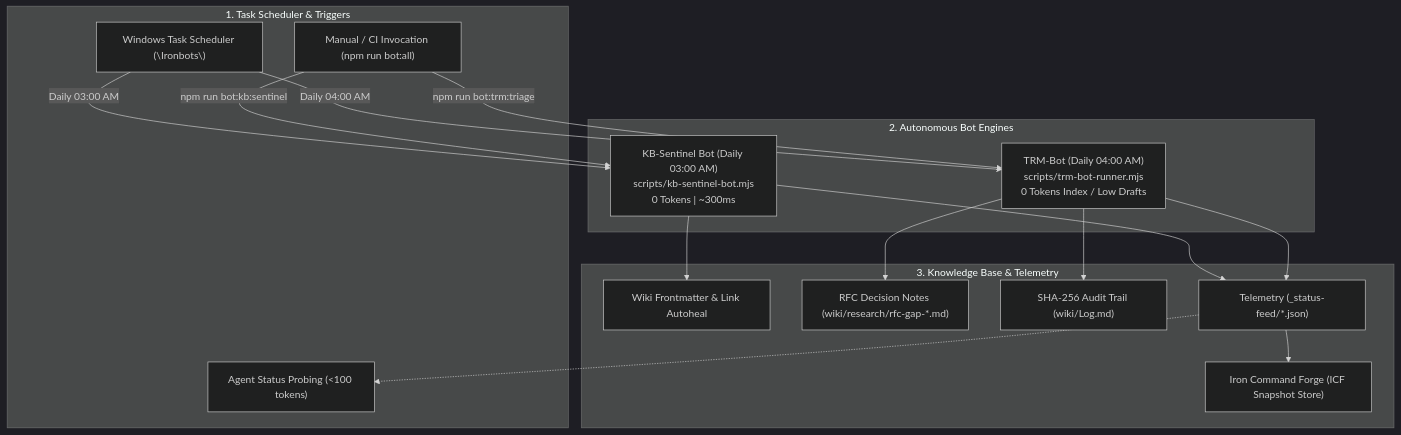
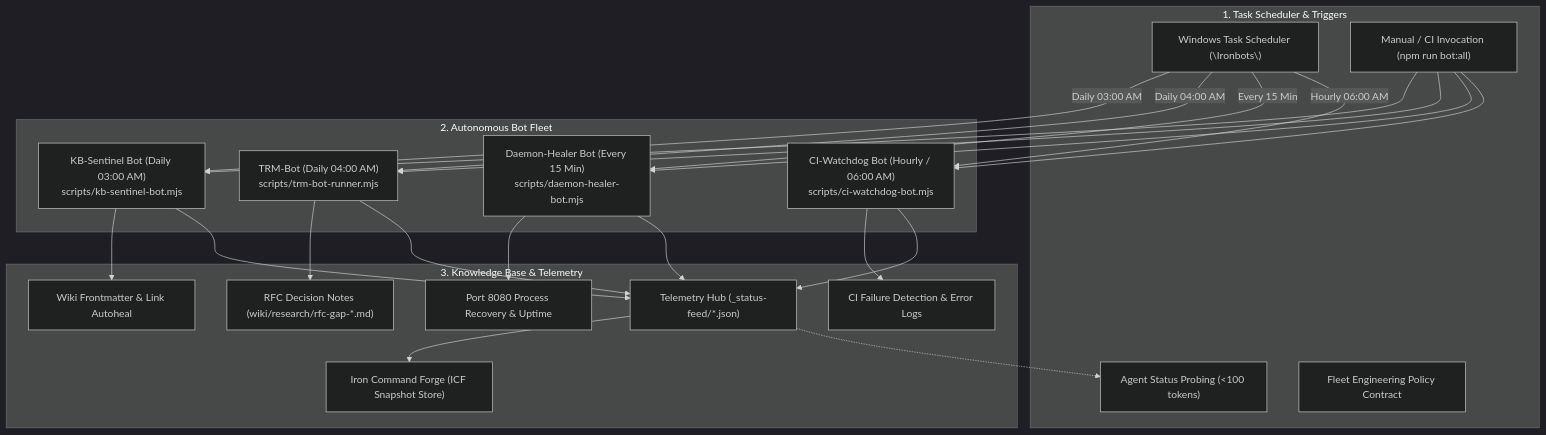
Before and after one commit to sorensencc-dotcom/toolforge: the diagram in wiki/Ironbots.md, drawn with Mermaid (dark theme). The commit also changed other lines of this file and 12 other files, not shown here.

Commit message:
feat(bots): expand Ironbots fleet with Daemon-Healer and CI-Watchdog, tests, and unattended autonomy policy

````diff
--- a/wiki/Ironbots.md
+++ b/wiki/Ironbots.md
@@ -23,34 +25,46 @@
 ```mermaid
 flowchart TD
     subgraph Scheduler["1. Task Scheduler & Triggers"]
         A["Windows Task Scheduler (\Ironbots\)"]
         B["Manual / CI Invocation (npm run bot:all)"]
         C["Agent Status Probing (<100 tokens)"]
+        P["Fleet Engineering Policy Contract"]
     end
 
-    subgraph Engines["2. Autonomous Bot Engines"]
-        D["KB-Sentinel Bot (Daily 03:00 AM)\nscripts/kb-sentinel-bot.mjs\n0 Tokens | ~300ms"]
-        E["TRM-Bot (Daily 04:00 AM)\nscripts/trm-bot-runner.mjs\n0 Tokens Index / Low Drafts"]
+    subgraph Engines["2. Autonomous Bot Fleet"]
+        D["KB-Sentinel Bot (Daily 03:00 AM)\nscripts/kb-sentinel-bot.mjs"]
+        E["TRM-Bot (Daily 04:00 AM)\nscripts/trm-bot-runner.mjs"]
+        K["Daemon-Healer Bot (Every 15 Min)\nscripts/daemon-healer-bot.mjs"]
+        L["CI-Watchdog Bot (Hourly / 06:00 AM)\nscripts/ci-watchdog-bot.mjs"]
     end
 
     subgraph Targets["3. Knowledge Base & Telemetry"]
         F["Wiki Frontmatter & Link Autoheal"]
         G["RFC Decision Notes (wiki/research/rfc-gap-*.md)"]
-        H["SHA-256 Audit Trail (wiki/Log.md)"]
-        I["Telemetry (_status-feed/*.json)"]
+        M["Port 8080 Process Recovery & Uptime"]
+        N["CI Failure Detection & Error Logs"]
+        I["Telemetry Hub (_status-feed/*.json)"]
         J["Iron Command Forge (ICF Snapshot Store)"]
     end
 
     A -->|Daily 03:00 AM| D
     A -->|Daily 04:00 AM| E
-    B -->|npm run bot:kb:sentinel| D
-    B -->|npm run bot:trm:triage| E
+    A -->|Every 15 Min| K
+    A -->|Hourly 06:00 AM| L
+
+    B --> D
+    B --> E
+    B --> K
+    B --> L
 
     D --> F
     D --> I
     E --> G
-    E --> H
     E --> I
+    K --> M
+    K --> I
+    L --> N
+    L --> I
     I --> J
     I -.-> C
 ```
````
